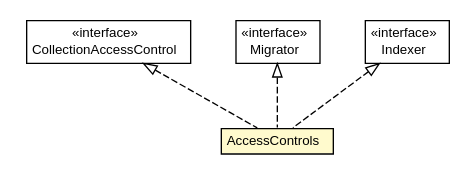
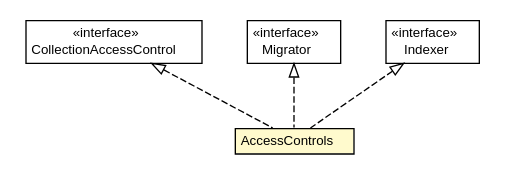
One commit to trajano/doxdb changed the diagram in doxdb-sample-web/apidocs/net/trajano/doxdb/sample/ejb/AccessControls.dot. Above: the diagram before and after it, drawn with Graphviz. The commit also changed 134 other files, not shown here.

```diff
--- a/doxdb-sample-web/apidocs/net/trajano/doxdb/sample/ejb/AccessControls.dot
+++ b/doxdb-sample-web/apidocs/net/trajano/doxdb/sample/ejb/AccessControls.dot
@@ -1,45 +1,45 @@
 #!/usr/local/bin/dot
 #
 # Class diagram 
 # Generated by UMLGraph version R5_6-24-gf6e263 (http://www.umlgraph.org/)
 #
 
 digraph G {
-	edge [fontname="arial",fontsize=10,labelfontname="arial",labelfontsize=10];
-	node [fontname="arial",fontsize=10,shape=plaintext];
+	edge [fontname="Helvetica",fontsize=10,labelfontname="Helvetica",labelfontsize=10];
+	node [fontname="Helvetica",fontsize=10,shape=plaintext];
 	nodesep=0.25;
 	ranksep=0.5;
 	// net.trajano.doxdb.sample.ejb.AccessControls
-	c40 [label=<<table title="net.trajano.doxdb.sample.ejb.AccessControls" border="0" cellborder="1" cellspacing="0" cellpadding="2" port="p" bgcolor="lemonChiffon" href="./AccessControls.html">
+	c42 [label=<<table title="net.trajano.doxdb.sample.ejb.AccessControls" border="0" cellborder="1" cellspacing="0" cellpadding="2" port="p" bgcolor="lemonChiffon" href="./AccessControls.html">
 		<tr><td><table border="0" cellspacing="0" cellpadding="1">
 <tr><td align="center" balign="center"> AccessControls </td></tr>
 		</table></td></tr>
-		</table>>, URL="./AccessControls.html", fontname="arial", fontcolor="black", fontsize=10.0];
+		</table>>, URL="./AccessControls.html", fontname="Helvetica", fontcolor="black", fontsize=10.0];
 	//net.trajano.doxdb.sample.ejb.AccessControls implements net.trajano.doxdb.ext.CollectionAccessControl
-	c56:p -> c40:p [dir=back,arrowtail=empty,style=dashed];
+	c56:p -> c42:p [dir=back,arrowtail=empty,style=dashed];
 	//net.trajano.doxdb.sample.ejb.AccessControls implements net.trajano.doxdb.ext.Migrator
-	c57:p -> c40:p [dir=back,arrowtail=empty,style=dashed];
+	c57:p -> c42:p [dir=back,arrowtail=empty,style=dashed];
 	//net.trajano.doxdb.sample.ejb.AccessControls implements net.trajano.doxdb.ext.Indexer
-	c58:p -> c40:p [dir=back,arrowtail=empty,style=dashed];
+	c58:p -> c42:p [dir=back,arrowtail=empty,style=dashed];
+	// net.trajano.doxdb.ext.CollectionAccessControl
+	c56 [label=<<table title="net.trajano.doxdb.ext.CollectionAccessControl" border="0" cellborder="1" cellspacing="0" cellpadding="2" port="p" href="http://java.sun.com/j2se/1.4.2/docs/api/net/trajano/doxdb/ext/CollectionAccessControl.html">
+		<tr><td><table border="0" cellspacing="0" cellpadding="1">
+<tr><td align="center" balign="center"> &#171;interface&#187; </td></tr>
+<tr><td align="center" balign="center"> CollectionAccessControl </td></tr>
+		</table></td></tr>
+		</table>>, URL="http://java.sun.com/j2se/1.4.2/docs/api/net/trajano/doxdb/ext/CollectionAccessControl.html", fontname="Helvetica", fontcolor="black", fontsize=10.0];
 	// net.trajano.doxdb.ext.Migrator
 	c57 [label=<<table title="net.trajano.doxdb.ext.Migrator" border="0" cellborder="1" cellspacing="0" cellpadding="2" port="p" href="http://java.sun.com/j2se/1.4.2/docs/api/net/trajano/doxdb/ext/Migrator.html">
 		<tr><td><table border="0" cellspacing="0" cellpadding="1">
 <tr><td align="center" balign="center"> &#171;interface&#187; </td></tr>
 <tr><td align="center" balign="center"> Migrator </td></tr>
 		</table></td></tr>
-		</table>>, URL="http://java.sun.com/j2se/1.4.2/docs/api/net/trajano/doxdb/ext/Migrator.html", fontname="arial", fontcolor="black", fontsize=10.0];
-	// net.trajano.doxdb.ext.CollectionAccessControl
-	c56 [label=<<table title="net.trajano.doxdb.ext.CollectionAccessControl" border="0" cellborder="1" cellspacing="0" cellpadding="2" port="p" href="http://java.sun.com/j2se/1.4.2/docs/api/net/trajano/doxdb/ext/CollectionAccessControl.html">
-		<tr><td><table border="0" cellspacing="0" cellpadding="1">
-<tr><td align="center" balign="center"> &#171;interface&#187; </td></tr>
-<tr><td align="center" balign="center"> CollectionAccessControl </td></tr>
-		</table></td></tr>
-		</table>>, URL="http://java.sun.com/j2se/1.4.2/docs/api/net/trajano/doxdb/ext/CollectionAccessControl.html", fontname="arial", fontcolor="black", fontsize=10.0];
+		</table>>, URL="http://java.sun.com/j2se/1.4.2/docs/api/net/trajano/doxdb/ext/Migrator.html", fontname="Helvetica", fontcolor="black", fontsize=10.0];
 	// net.trajano.doxdb.ext.Indexer
 	c58 [label=<<table title="net.trajano.doxdb.ext.Indexer" border="0" cellborder="1" cellspacing="0" cellpadding="2" port="p" href="http://java.sun.com/j2se/1.4.2/docs/api/net/trajano/doxdb/ext/Indexer.html">
 		<tr><td><table border="0" cellspacing="0" cellpadding="1">
 <tr><td align="center" balign="center"> &#171;interface&#187; </td></tr>
 <tr><td align="center" balign="center"> Indexer </td></tr>
 		</table></td></tr>
-		</table>>, URL="http://java.sun.com/j2se/1.4.2/docs/api/net/trajano/doxdb/ext/Indexer.html", fontname="arial", fontcolor="black", fontsize=10.0];
+		</table>>, URL="http://java.sun.com/j2se/1.4.2/docs/api/net/trajano/doxdb/ext/Indexer.html", fontname="Helvetica", fontcolor="black", fontsize=10.0];
 }
```
